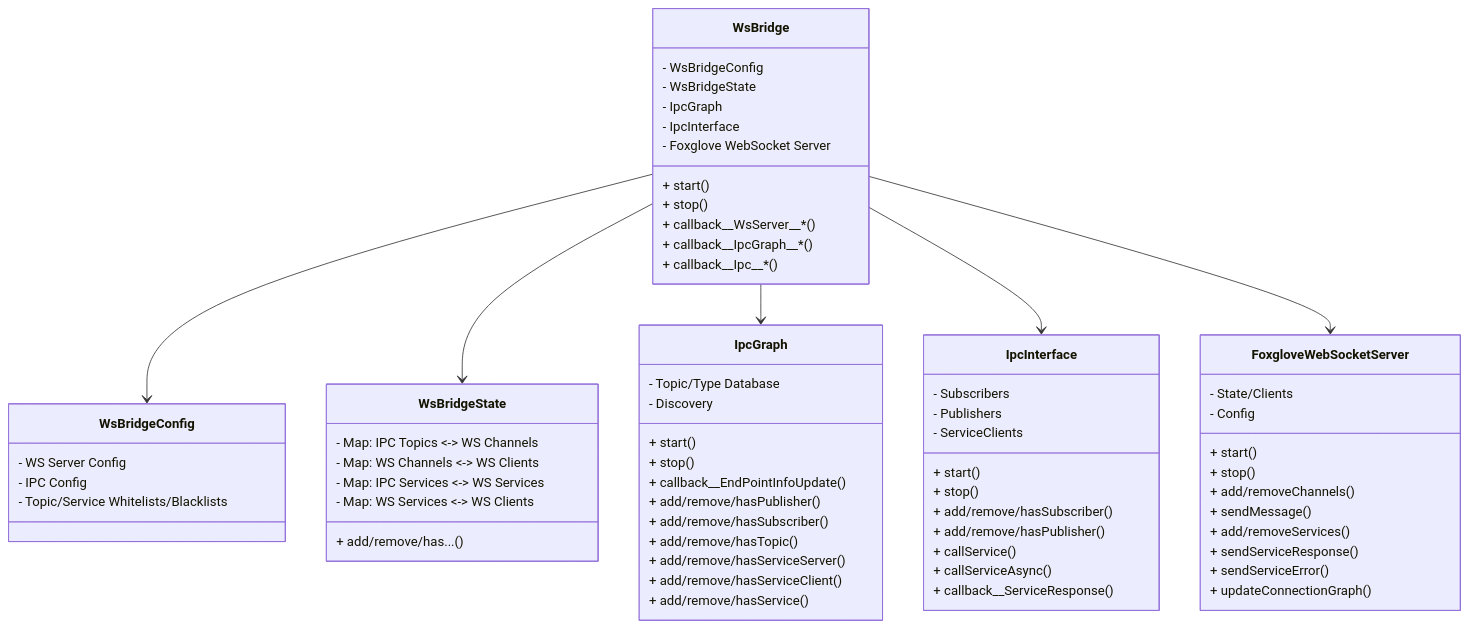
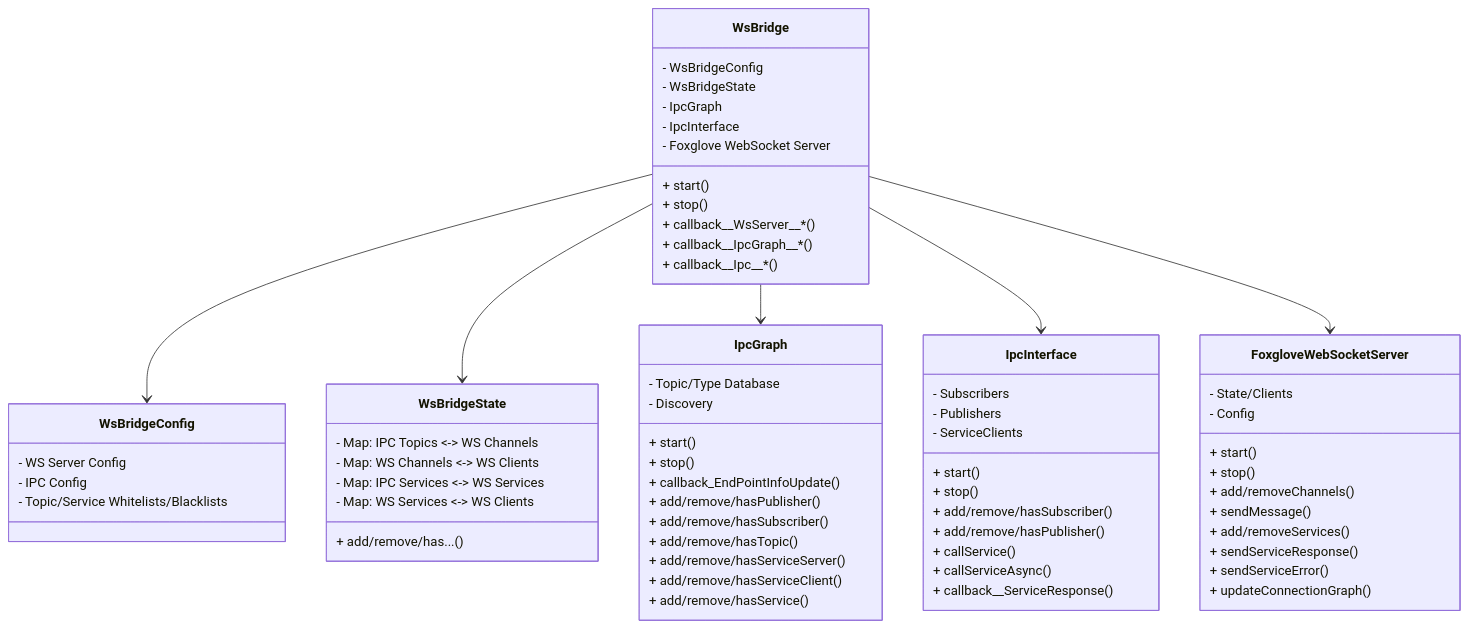
The diagram in modules/websocket_bridge/README.md (olympus-robotics/hephaestus), drawn with Mermaid before and after one commit. The commit also changed 3 other files, not shown here.

Commit message:
clang-tidy ipc graph

```diff
--- a/modules/websocket_bridge/README.md
+++ b/modules/websocket_bridge/README.md
@@ -65,7 +65,7 @@
     + start()
     + stop()
 
-    + callback__EndPointInfoUpdate()
+    + callback_EndPointInfoUpdate()
 
     + add/remove/hasPublisher()
     + add/remove/hasSubscriber()
```
